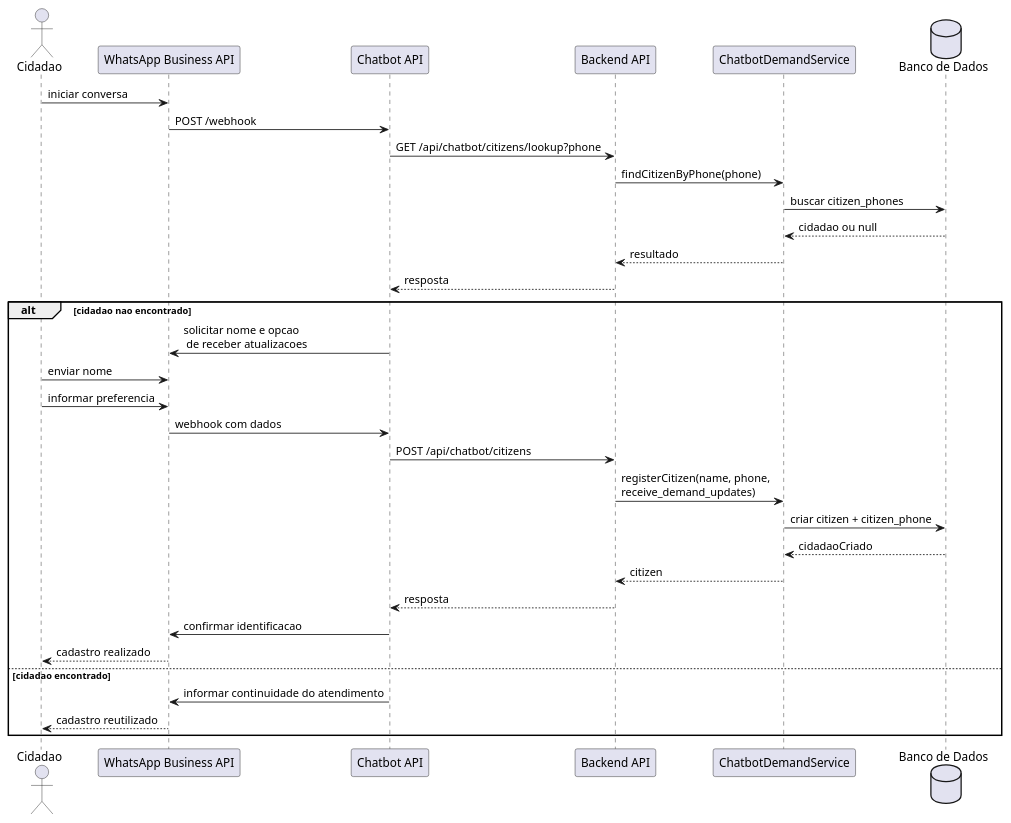
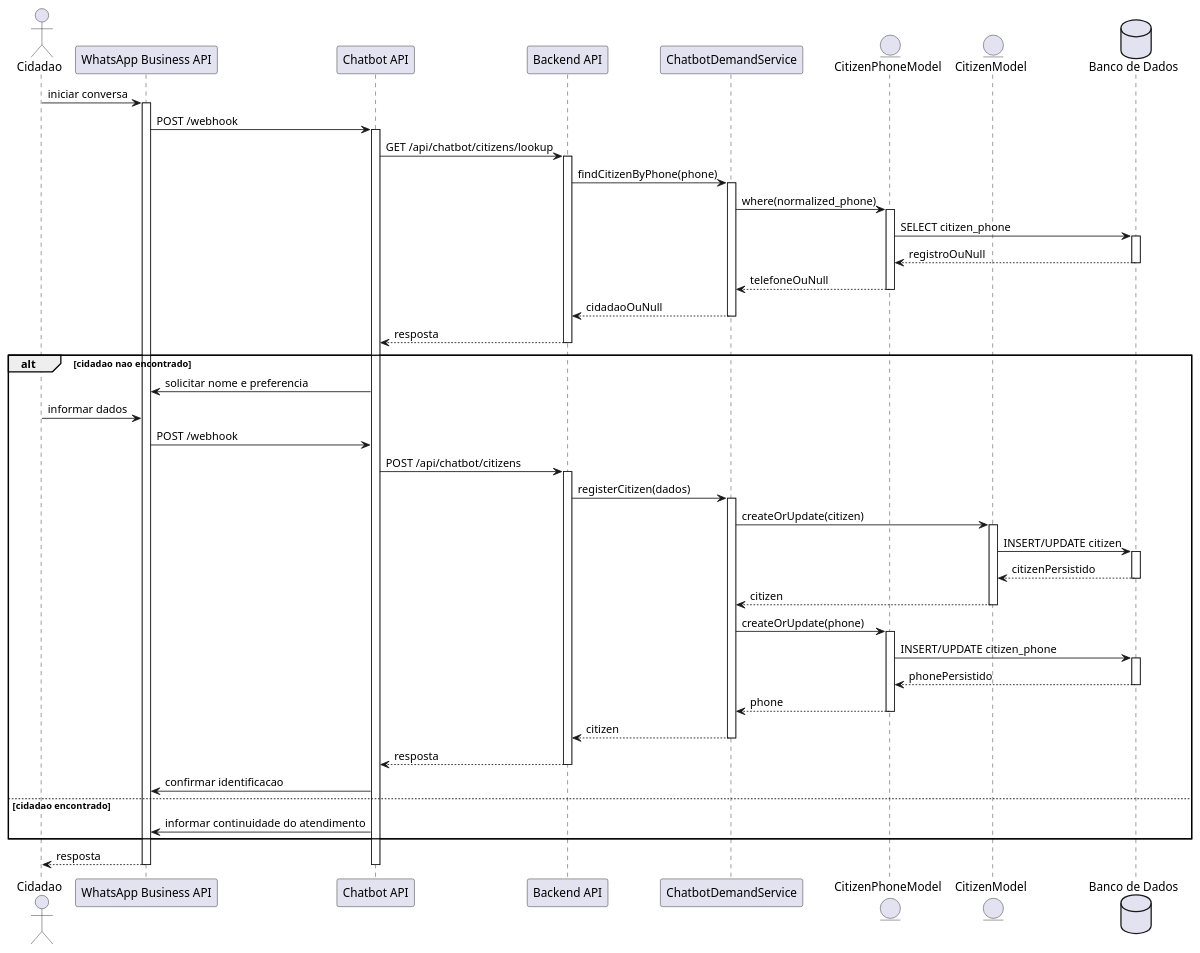
Before and after one commit to ICEI-PUC-Minas-PPLES-TI/plf-es-2025-2-tcci-0393100-dev-bernardo-biondini: the diagram in Artefatos/Sequencia/chatbot-cadastrar-cidadao.puml, drawn with PlantUML. The commit also changed 165 other files, not shown here.

Commit message:
Adequações dos diagramas de Sequencia e Comunicação as exigências da banca

```diff
--- a/Artefatos/Sequencia/chatbot-cadastrar-cidadao.puml
+++ b/Artefatos/Sequencia/chatbot-cadastrar-cidadao.puml
@@ -1,35 +1,68 @@
 @startuml
 actor Cidadao
 participant "WhatsApp Business API" as WA
 participant "Chatbot API" as Chatbot
 participant "Backend API" as API
 participant "ChatbotDemandService" as Service
+entity CitizenPhoneModel as PhoneModel
+entity CitizenModel as CitizenModel
 database "Banco de Dados" as DB
 
 Cidadao -> WA : iniciar conversa
+activate WA
 WA -> Chatbot : POST /webhook
-Chatbot -> API : GET /api/chatbot/citizens/lookup?phone
+activate Chatbot
+Chatbot -> API : GET /api/chatbot/citizens/lookup
+activate API
 API -> Service : findCitizenByPhone(phone)
-Service -> DB : buscar citizen_phones
-DB --> Service : cidadao ou null
-Service --> API : resultado
+activate Service
+Service -> PhoneModel : where(normalized_phone)
+activate PhoneModel
+PhoneModel -> DB : SELECT citizen_phone
+activate DB
+DB --> PhoneModel : registroOuNull
+deactivate DB
+PhoneModel --> Service : telefoneOuNull
+deactivate PhoneModel
+Service --> API : cidadaoOuNull
+deactivate Service
 API --> Chatbot : resposta
+deactivate API
 
 alt cidadao nao encontrado
-  Chatbot -> WA : solicitar nome e opcao\n de receber atualizacoes
-  Cidadao -> WA : enviar nome
-  Cidadao -> WA : informar preferencia
-  WA -> Chatbot : webhook com dados
+  Chatbot -> WA : solicitar nome e preferencia
+  Cidadao -> WA : informar dados
+  WA -> Chatbot : POST /webhook
   Chatbot -> API : POST /api/chatbot/citizens
-  API -> Service : registerCitizen(name, phone,\nreceive_demand_updates)
-  Service -> DB : criar citizen + citizen_phone
-  DB --> Service : cidadaoCriado
+  activate API
+  API -> Service : registerCitizen(dados)
+  activate Service
+  Service -> CitizenModel : createOrUpdate(citizen)
+  activate CitizenModel
+  CitizenModel -> DB : INSERT/UPDATE citizen
+  activate DB
+  DB --> CitizenModel : citizenPersistido
+  deactivate DB
+  CitizenModel --> Service : citizen
+  deactivate CitizenModel
+  Service -> PhoneModel : createOrUpdate(phone)
+  activate PhoneModel
+  PhoneModel -> DB : INSERT/UPDATE citizen_phone
+  activate DB
+  DB --> PhoneModel : phonePersistido
+  deactivate DB
+  PhoneModel --> Service : phone
+  deactivate PhoneModel
   Service --> API : citizen
+  deactivate Service
   API --> Chatbot : resposta
+  deactivate API
   Chatbot -> WA : confirmar identificacao
-  WA --> Cidadao : cadastro realizado
 else cidadao encontrado
   Chatbot -> WA : informar continuidade do atendimento
-  WA --> Cidadao : cadastro reutilizado
 end
+
+WA --> Cidadao : resposta
+deactivate Chatbot
+deactivate WA
 @enduml
```
